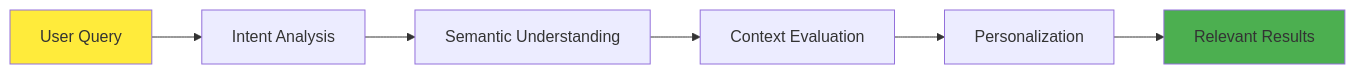
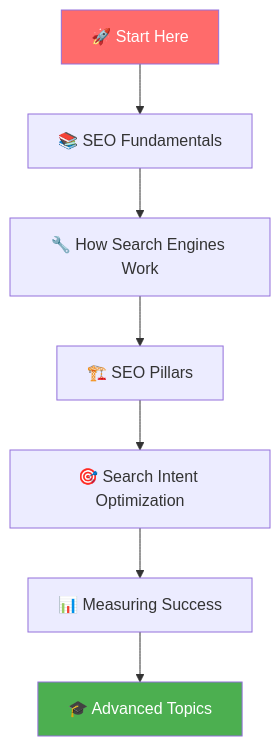
One commit to omac049/oc-personal changed the first of 2 diagrams in seo-resources/docs/getting-started/index.md. Above: the diagram before and after it, drawn with Mermaid. The commit also changed other lines of this file and 22 other files, not shown here.

````diff
--- a/seo-resources/docs/getting-started/index.md
+++ b/seo-resources/docs/getting-started/index.md
@@ -382,11 +16,12 @@
 ```mermaid
-flowchart LR
-    A[User Query] --> B[Intent Analysis]
-    B --> C[Semantic Understanding]
-    C --> D[Context Evaluation]
-    D --> E[Personalization]
-    E --> F[Relevant Results]
+flowchart TB
+    A[🚀 Start Here] --> B[📚 SEO Fundamentals]
+    B --> C[🔧 How Search Engines Work]
+    C --> D[🏗️ SEO Pillars]
+    D --> E[🎯 Search Intent Optimization]
+    E --> F[📊 Measuring Success]
+    F --> G[🎓 Advanced Topics]
     
-    style A fill:#ffeb3b
-    style F fill:#4caf50
+    style A fill:#ff6b6b,color:#fff
+    style G fill:#4caf50,color:#fff
 ```
````
